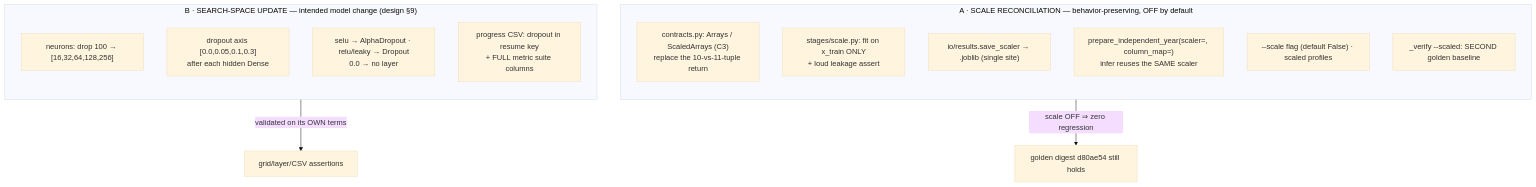
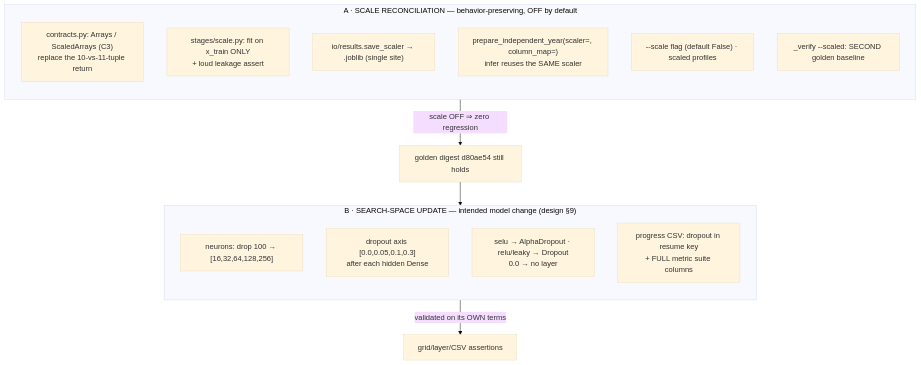
The first of 3 diagrams in docs/ESB_STAGE_C_REPORT.md (conrad-blucher-institute/UQ4ML_WaterTemp), drawn with Mermaid (base theme) before and after one commit.

Commit message:
docs: stack Stage C report V1 diagram vertically
Chain A -> gate -> B -> gate so the two deliverable subgraphs render
top-to-bottom instead of side-by-side.

````diff
--- a/docs/ESB_STAGE_C_REPORT.md
+++ b/docs/ESB_STAGE_C_REPORT.md
@@ -15,21 +15,22 @@
 ```mermaid
 flowchart TB
   subgraph A["A · SCALE RECONCILIATION — behavior-preserving, OFF by default"]
     direction TB
     a1["contracts.py: Arrays / ScaledArrays (C3)<br/>replace the 10-vs-11-tuple return"]
     a2["stages/scale.py: fit on x_train ONLY<br/>+ loud leakage assert"]
     a3["io/results.save_scaler → .joblib (single site)"]
     a4["prepare_independent_year(scaler=, column_map=)<br/>infer reuses the SAME scaler"]
     a5["--scale flag (default False) · scaled profiles"]
     a6["_verify --scaled: SECOND golden baseline"]
   end
+  A -->|"scale OFF ⇒ zero regression"| GATE["golden digest d80ae54 still holds"]
+  GATE --> B
   subgraph B["B · SEARCH-SPACE UPDATE — intended model change (design §9)"]
     direction TB
     b1["neurons: drop 100 → [16,32,64,128,256]"]
     b2["dropout axis [0.0,0.05,0.1,0.3]<br/>after each hidden Dense"]
     b3["selu → AlphaDropout · relu/leaky → Dropout<br/>0.0 → no layer"]
     b4["progress CSV: dropout in resume key<br/>+ FULL metric suite columns"]
   end
-  A -->|"scale OFF ⇒ zero regression"| GATE["golden digest d80ae54 still holds"]
   B -->|"validated on its OWN terms"| GRID["grid/layer/CSV assertions"]
 ```
````
